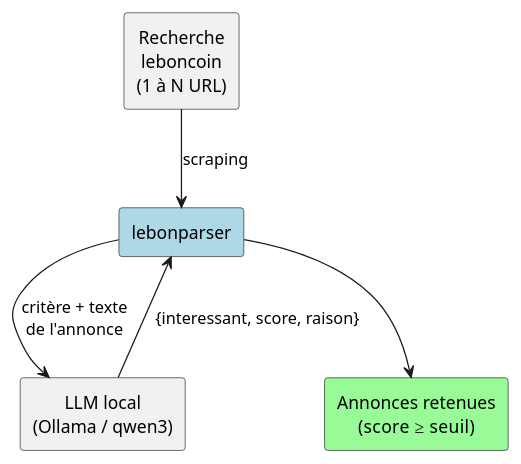
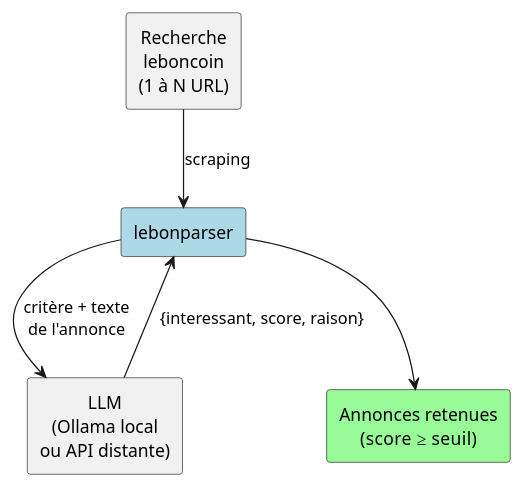
One commit to Pierre3851/lebonparser changed the diagram in docs/index.md. Above: the diagram before and after it, drawn with PlantUML. The commit also changed other lines of this file and 4 other files, not shown here.

````diff
--- a/docs/index.md
+++ b/docs/index.md
@@ -26,16 +28,16 @@
 ```plantuml
 @startuml
 skinparam shadowing false
 skinparam defaultTextAlignment center
 
 rectangle "Recherche\nleboncoin\n(1 à N URL)" as LBC
 rectangle "lebonparser" as APP #lightblue
-rectangle "LLM local\n(Ollama / qwen3)" as LLM
+rectangle "LLM\n(Ollama local\nou API distante)" as LLM
 rectangle "Annonces retenues\n(score ≥ seuil)" as OUT #palegreen
 
 LBC --> APP : scraping
 APP --> LLM : critère + texte\nde l'annonce
 LLM --> APP : {interessant, score, raison}
 APP --> OUT
 @enduml
 ```
````
